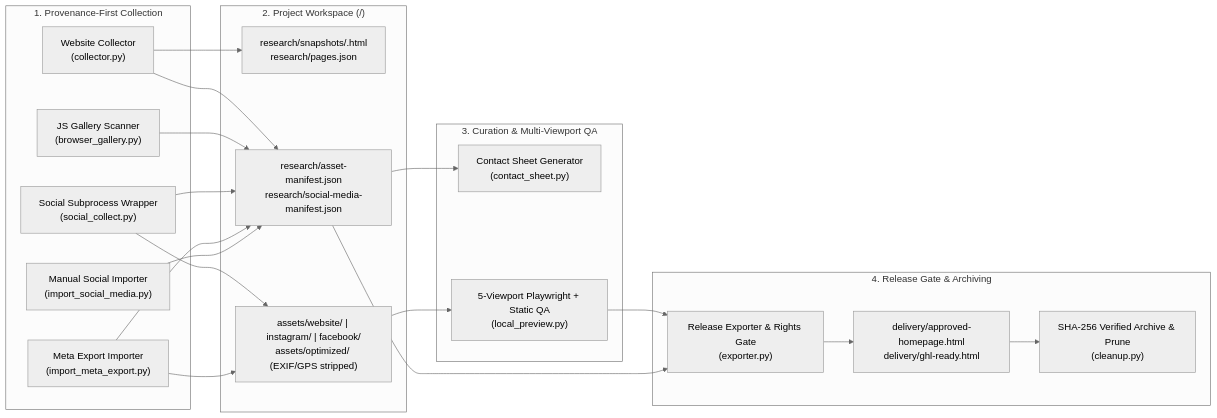
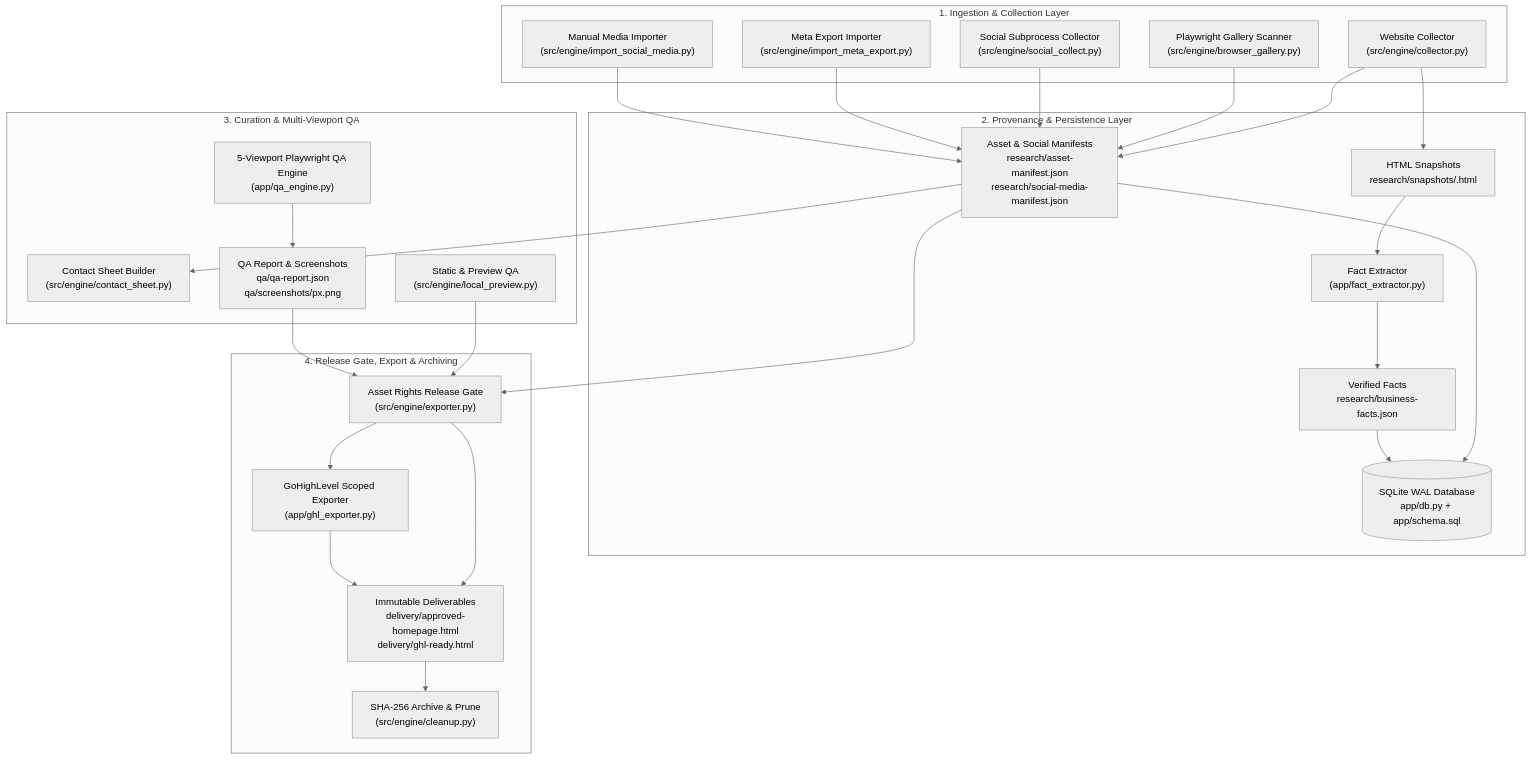
The first of 2 diagrams in README.md (rashidtesting8-ops/pet-gromming-agent-factory), drawn with Mermaid (neutral theme) before and after one commit. The commit also changed other lines of this file, not shown here.

Commit message:
docs(readme): upgrade README.md to comprehensive architecture and operations reference

````diff
--- a/README.md
+++ b/README.md
@@ -47,42 +83,52 @@
 ```mermaid
-flowchart LR
-    subgraph Collection["1. Provenance-First Collection"]
-        WC["Website Collector<br/>(collector.py)"]
-        BG["JS Gallery Scanner<br/>(browser_gallery.py)"]
-        SC["Social Subprocess Wrapper<br/>(social_collect.py)"]
-        ME["Meta Export Importer<br/>(import_meta_export.py)"]
-        SI["Manual Social Importer<br/>(import_social_media.py)"]
+flowchart TB
+    subgraph Intake["1. Ingestion & Collection Layer"]
+        WC["Website Collector<br/>(src/engine/collector.py)"]
+        BG["Playwright Gallery Scanner<br/>(src/engine/browser_gallery.py)"]
+        SC["Social Subprocess Collector<br/>(src/engine/social_collect.py)"]
+        ME["Meta Export Importer<br/>(src/engine/import_meta_export.py)"]
+        SI["Manual Media Importer<br/>(src/engine/import_social_media.py)"]
     end
 
-    subgraph Storage["2. Project Workspace (<project>/)"]
-        SNAP["research/snapshots/<sha256>.html<br/>research/pages.json"]
-        MAN["research/asset-manifest.json<br/>research/social-media-manifest.json"]
-        OPT["assets/website/ | instagram/ | facebook/<br/>assets/optimized/ (EXIF/GPS stripped)"]
+    subgraph Storage["2. Provenance & Persistence Layer"]
+        SNAP["HTML Snapshots<br/>research/snapshots/<sha256>.html"]
+        MAN["Asset & Social Manifests<br/>research/asset-manifest.json<br/>research/social-media-manifest.json"]
+        DB[("SQLite WAL Database<br/>app/db.py + app/schema.sql")]
+        FE["Fact Extractor<br/>(app/fact_extractor.py)"]
+        FACTS["Verified Facts<br/>research/business-facts.json"]
     end
 
-    subgraph QA["3. Curation & Multi-Viewport QA"]
-        CS["Contact Sheet Generator<br/>(contact_sheet.py)"]
-        LP["5-Viewport Playwright + Static QA<br/>(local_preview.py)"]
+    subgraph Verification["3. Curation & Multi-Viewport QA"]
+        CS["Contact Sheet Builder<br/>(src/engine/contact_sheet.py)"]
+        LP["Static & Preview QA<br/>(src/engine/local_preview.py)"]
+        QA["5-Viewport Playwright QA Engine<br/>(app/qa_engine.py)"]
+        QAR["QA Report & Screenshots<br/>qa/qa-report.json<br/>qa/screenshots/<width>px.png"]
     end
 
-    subgraph Release["4. Release Gate & Archiving"]
-        EXP["Release Exporter & Rights Gate<br/>(exporter.py)"]
-        DEL["delivery/approved-homepage.html<br/>delivery/ghl-ready.html"]
-        CLN["SHA-256 Verified Archive & Prune<br/>(cleanup.py)"]
+    subgraph Release["4. Release Gate, Export & Archiving"]
+        GATE["Asset Rights Release Gate<br/>(src/engine/exporter.py)"]
+        GHL["GoHighLevel Scoped Exporter<br/>(app/ghl_exporter.py)"]
+        DEL["Immutable Deliverables<br/>delivery/approved-homepage.html<br/>delivery/ghl-ready.html"]
+        CLN["SHA-256 Archive & Prune<br/>(src/engine/cleanup.py)"]
     end
 
     WC --> SNAP
     WC --> MAN
     BG --> MAN
     SC --> MAN
-    SC --> OPT
     ME --> MAN
-    ME --> OPT
     SI --> MAN
+    SNAP --> FE
+    FE --> FACTS
+    MAN --> DB
+    FACTS --> DB
     MAN --> CS
-    OPT --> LP
-    LP --> EXP
-    MAN --> EXP
-    EXP --> DEL
+    MAN --> GATE
+    LP --> GATE
+    QA --> QAR
+    QAR --> GATE
+    GATE --> GHL
+    GATE --> DEL
+    GHL --> DEL
     DEL --> CLN
 ```
````
